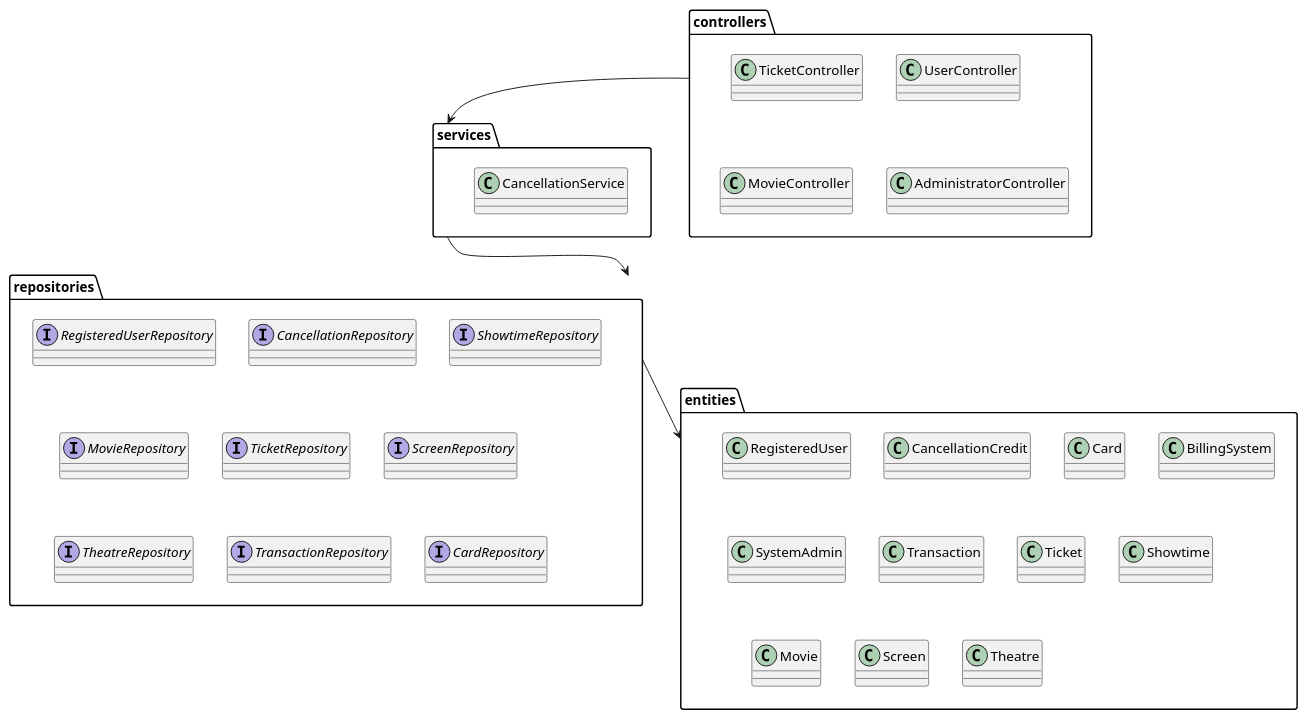
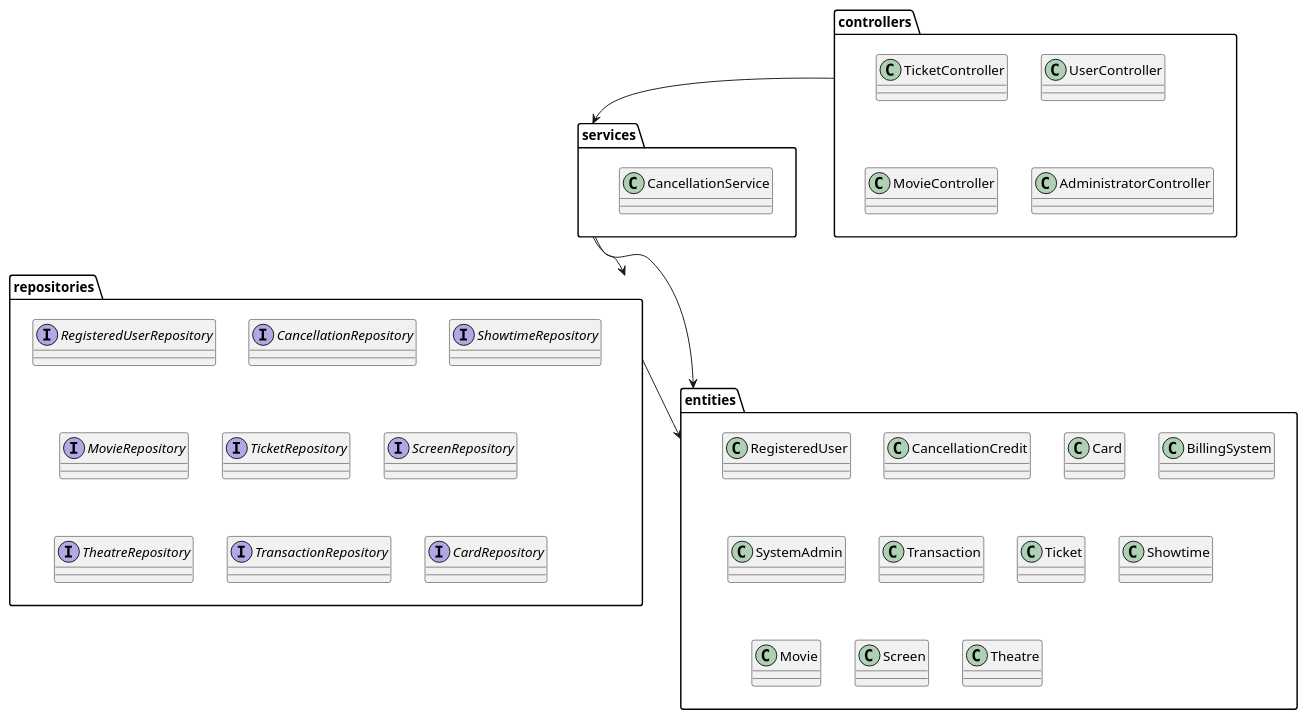
One commit to m-metz/ensf614-project changed the diagram in package.plantuml. Above: the diagram before and after it, drawn with PlantUML. The commit also changed 5 other files, not shown here.

```diff
--- a/package.plantuml
+++ b/package.plantuml
@@ -1,45 +1,46 @@
 @startuml
 package controllers {
 
 class UserController
 class TicketController
 class MovieController
 class AdministratorController
 }
 
 package repositories {
 interface RegisteredUserRepository
 interface CancellationRepository
 interface ShowtimeRepository
 interface MovieRepository
 interface TicketRepository
 interface ScreenRepository
 interface TheatreRepository
 interface TransactionRepository
 interface CardRepository
 
 }
 
 package services {
 class CancellationService
 }
 
 package entities {
 
 class RegisteredUser
 class CancellationCredit
 class Card
 class BillingSystem
 class SystemAdmin
 class Transaction
 class Ticket
 class Showtime 
 class Movie
 class Screen
 class Theatre
 }
 
 controllers --> services 
 services --> repositories 
+services --> entities
 repositories --> entities
 @enduml
```
